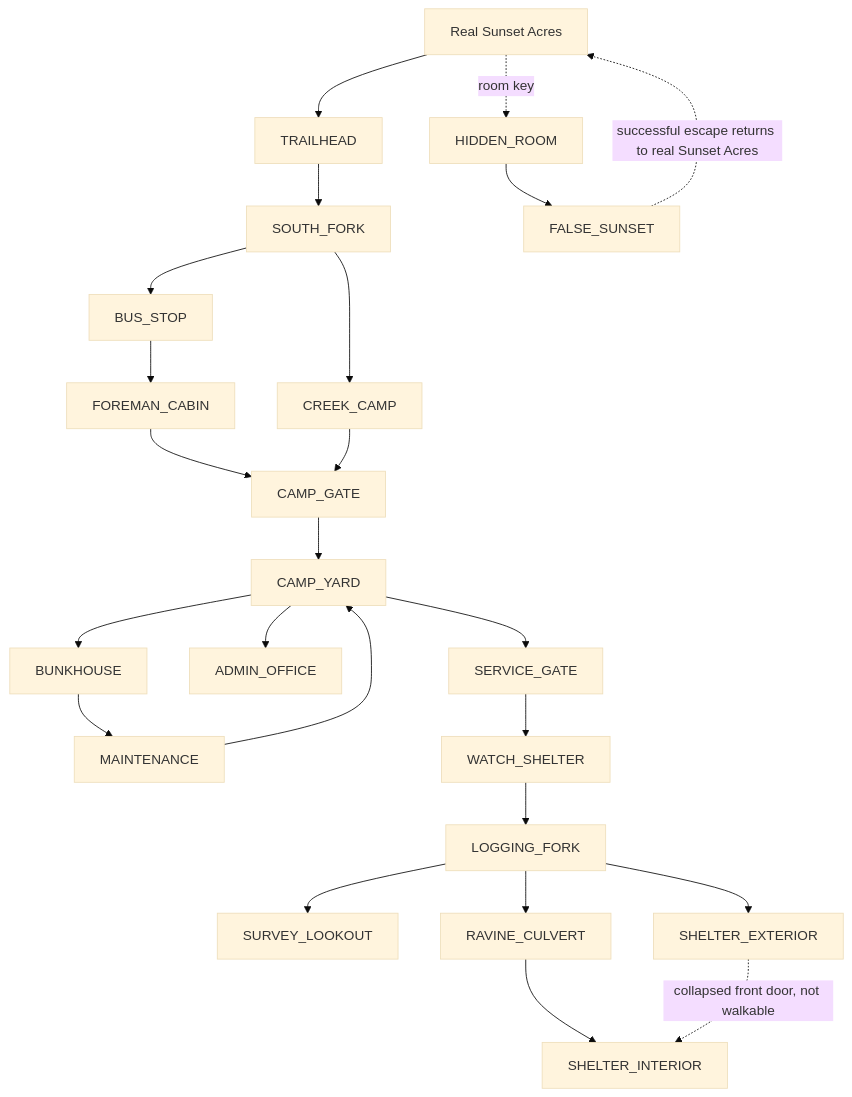
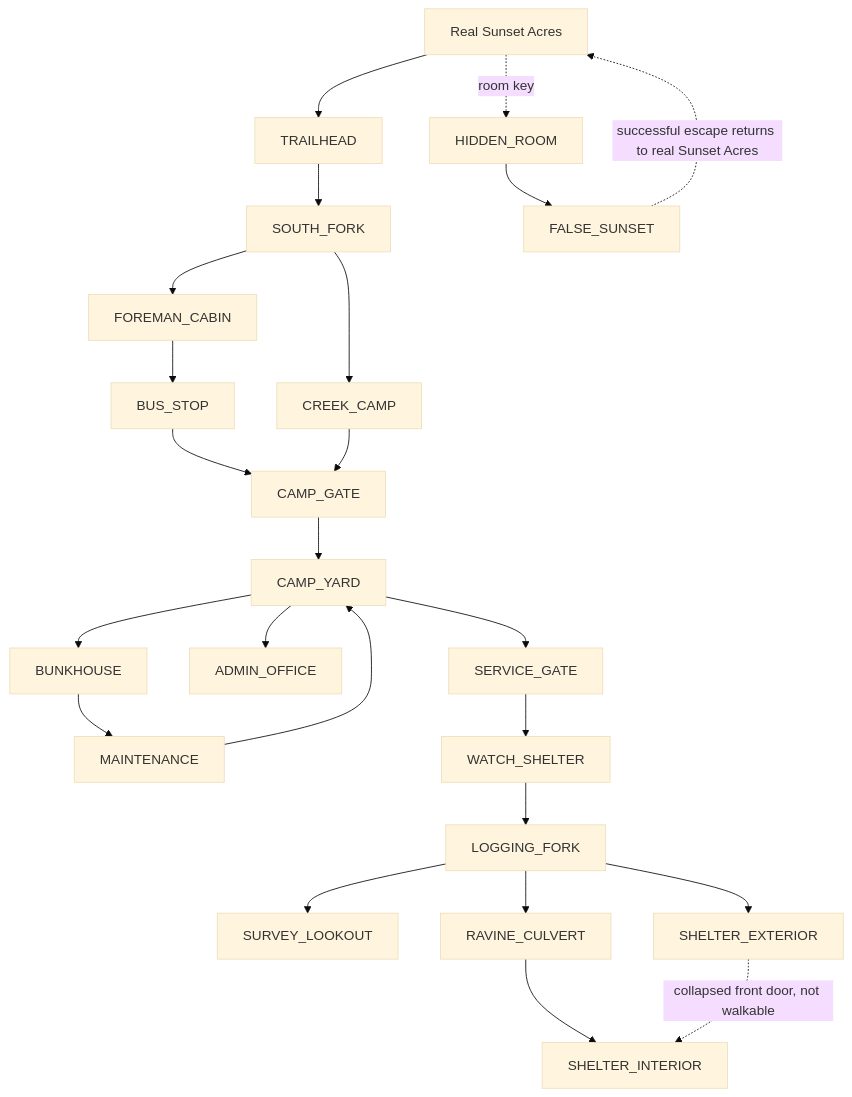
The diagram in retirement/MAP.md (dawn-care/Internal-Website), drawn with Mermaid (base theme) before and after one commit. The commit also changed other lines of this file and 30 other files, not shown here.

````diff
--- a/retirement/MAP.md
+++ b/retirement/MAP.md
@@ -17,26 +17,26 @@
 ```mermaid
 flowchart TB
   SA[Real Sunset Acres] --> TH[TRAILHEAD]
   TH --> FK[SOUTH_FORK]
-  FK --> B[BUS_STOP]
-  B --> FC[FOREMAN_CABIN]
-  FC --> CG[CAMP_GATE]
+  FK --> FC[FOREMAN_CABIN]
+  FC --> B[BUS_STOP]
+  B --> CG[CAMP_GATE]
   FK --> CR[CREEK_CAMP]
   CR --> CG
   CG --> CY[CAMP_YARD]
   CY --> BH[BUNKHOUSE]
   BH --> MS[MAINTENANCE]
   MS --> CY
   CY --> AO[ADMIN_OFFICE]
   CY --> SG[SERVICE_GATE]
   SG --> WS[WATCH_SHELTER]
   WS --> LF[LOGGING_FORK]
   LF --> SL[SURVEY_LOOKOUT]
   LF --> RC[RAVINE_CULVERT]
   LF --> SE[SHELTER_EXTERIOR]
   RC --> SI[SHELTER_INTERIOR]
   SE -. collapsed front door, not walkable .-> SI
   SA -. room key .-> HR[HIDDEN_ROOM]
   HR --> FH[FALSE_SUNSET]
   FH -. successful escape returns to real Sunset Acres .-> SA
 ```
````
